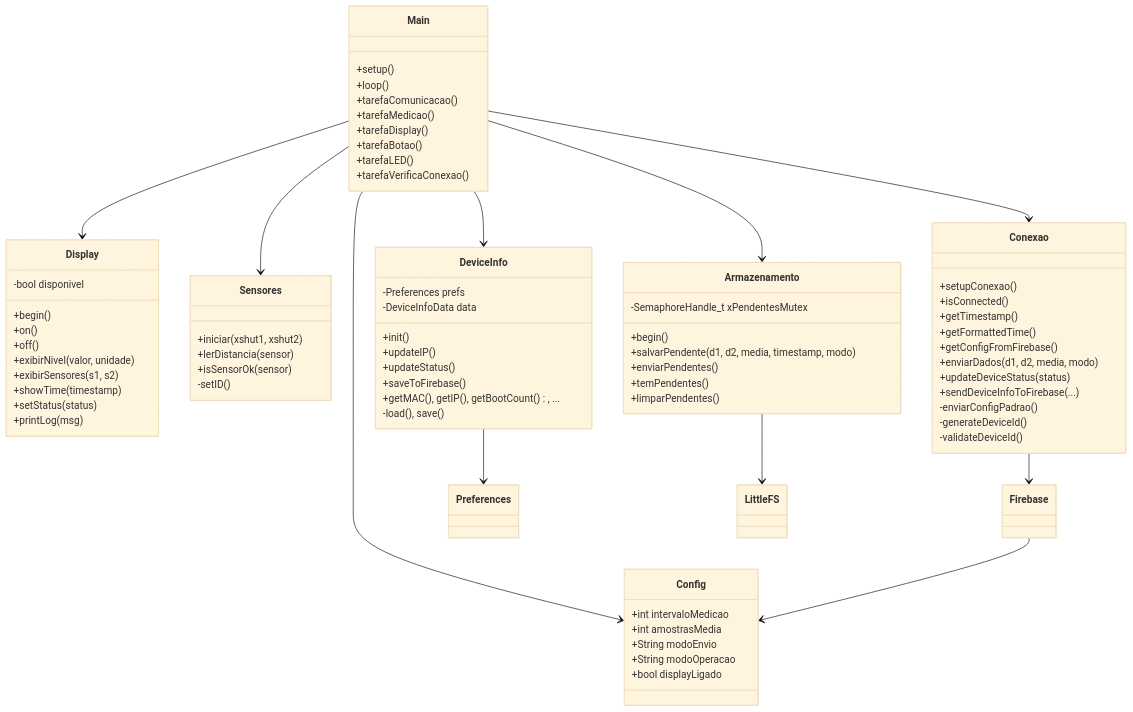
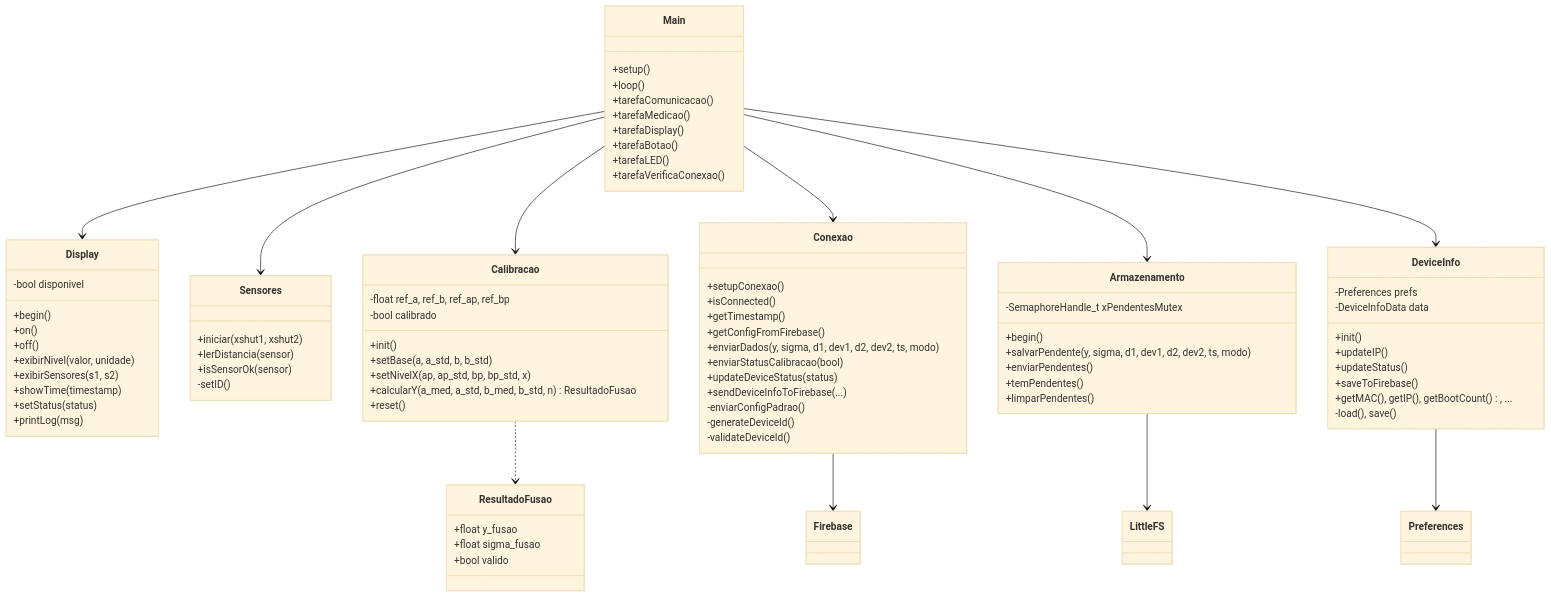
Before and after one commit to tecbudo/niveltec: diagram 11 of 11 in README.md, drawn with Mermaid (base theme). The commit also changed other lines of this file, not shown here.

Commit message:
Atualiza documentação do projeto NivelTec com detalhes sobre a implementação do Filtro de Mediana, Calibração Geométrica e Filtro de Kalman, além de melhorias na estrutura e formatação do README.md.

````diff
--- a/README.md
+++ b/README.md
@@ -405,13 +557,22 @@
         +isSensorOk(sensor)
         -setID()
     }
+    class Calibracao {
+        +init()
+        +setBase(a, a_std, b, b_std)
+        +setNivelX(ap, ap_std, bp, bp_std, x)
+        +calcularY(a_med, a_std, b_med, b_std, n) ResultadoFusao
+        +reset()
+        -float ref_a, ref_b, ref_ap, ref_bp
+        -bool calibrado
+    }
     class Conexao {
         +setupConexao()
         +isConnected()
         +getTimestamp()
-        +getFormattedTime()
         +getConfigFromFirebase()
-        +enviarDados(d1, d2, media, modo)
+        +enviarDados(y, sigma, d1, dev1, d2, dev2, ts, modo)
+        +enviarStatusCalibracao(bool)
         +updateDeviceStatus(status)
         +sendDeviceInfoToFirebase(...)
         -enviarConfigPadrao()
@@ -420,7 +581,7 @@
     }
     class Armazenamento {
         +begin()
-        +salvarPendente(d1, d2, media, timestamp, modo)
+        +salvarPendente(y, sigma, d1, dev1, d2, dev2, ts, modo)
         +enviarPendentes()
         +temPendentes()
         +limparPendentes()
@@ -436,12 +597,10 @@
         -Preferences prefs
         -DeviceInfoData data
     }
-    class Config {
-        +int intervaloMedicao
-        +int amostrasMedia
-        +String modoEnvio
-        +String modoOperacao
-        +bool displayLigado
+    class ResultadoFusao {
+        +float y_fusao
+        +float sigma_fusao
+        +bool valido
     }
     class Main {
         +setup()
@@ -456,12 +615,12 @@
 
     Main --> Display
     Main --> Sensores
+    Main --> Calibracao
     Main --> Conexao
-    Main --> Config
     Main --> Armazenamento
     Main --> DeviceInfo
+    Calibracao ..> ResultadoFusao
     Conexao --> Firebase
-    Firebase --> Config
     DeviceInfo --> Preferences
     Armazenamento --> LittleFS
 ```
````
